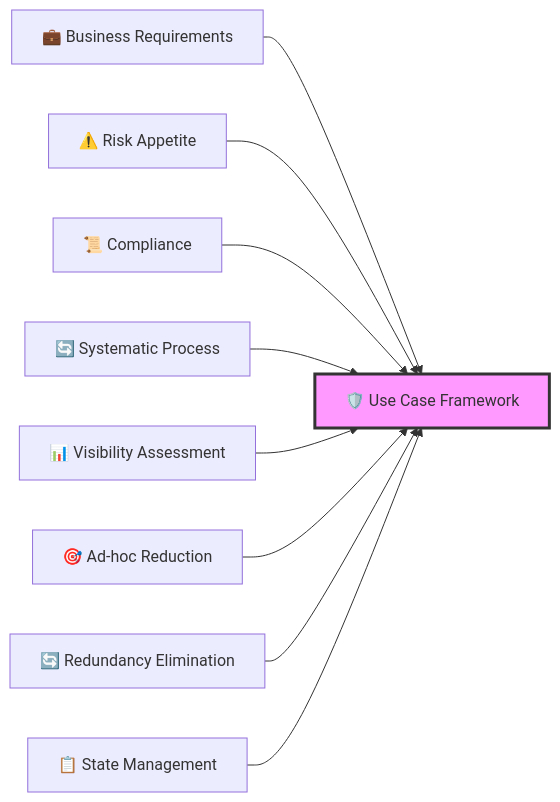
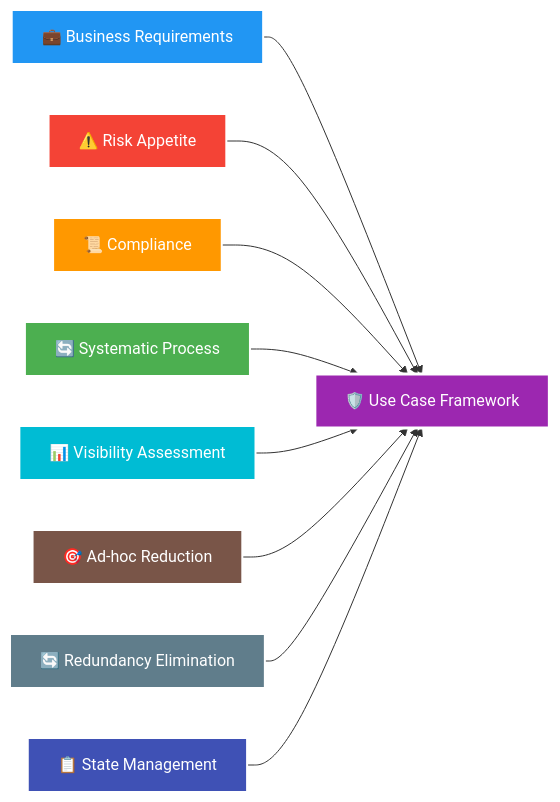
Before and after one commit to josamontiel/Detection-Engineering-Framework: the fourth of 10 diagrams in DEF.md, drawn with Mermaid. The commit also changed other lines of this file, not shown here.

````diff
--- a/DEF.md
+++ b/DEF.md
@@ -220,13 +193,21 @@
 ```mermaid
 graph LR
     A[💼 Business Requirements] --> B[🛡️ Use Case Framework]
     C[⚠️ Risk Appetite] --> B
     D[📜 Compliance] --> B
     E[🔄 Systematic Process] --> B
     F[📊 Visibility Assessment] --> B
     G[🎯 Ad-hoc Reduction] --> B
     H[🔄 Redundancy Elimination] --> B
     I[📋 State Management] --> B
     
-    style B fill:#f9f,stroke:#333,stroke-width:3px
+    style A fill:#2196F3,stroke:#fff,stroke-width:2px,color:#fff
+    style B fill:#9C27B0,stroke:#fff,stroke-width:3px,color:#fff
+    style C fill:#F44336,stroke:#fff,stroke-width:2px,color:#fff
+    style D fill:#FF9800,stroke:#fff,stroke-width:2px,color:#fff
+    style E fill:#4CAF50,stroke:#fff,stroke-width:2px,color:#fff
+    style F fill:#00BCD4,stroke:#fff,stroke-width:2px,color:#fff
+    style G fill:#795548,stroke:#fff,stroke-width:2px,color:#fff
+    style H fill:#607D8B,stroke:#fff,stroke-width:2px,color:#fff
+    style I fill:#3F51B5,stroke:#fff,stroke-width:2px,color:#fff
 ```
````
